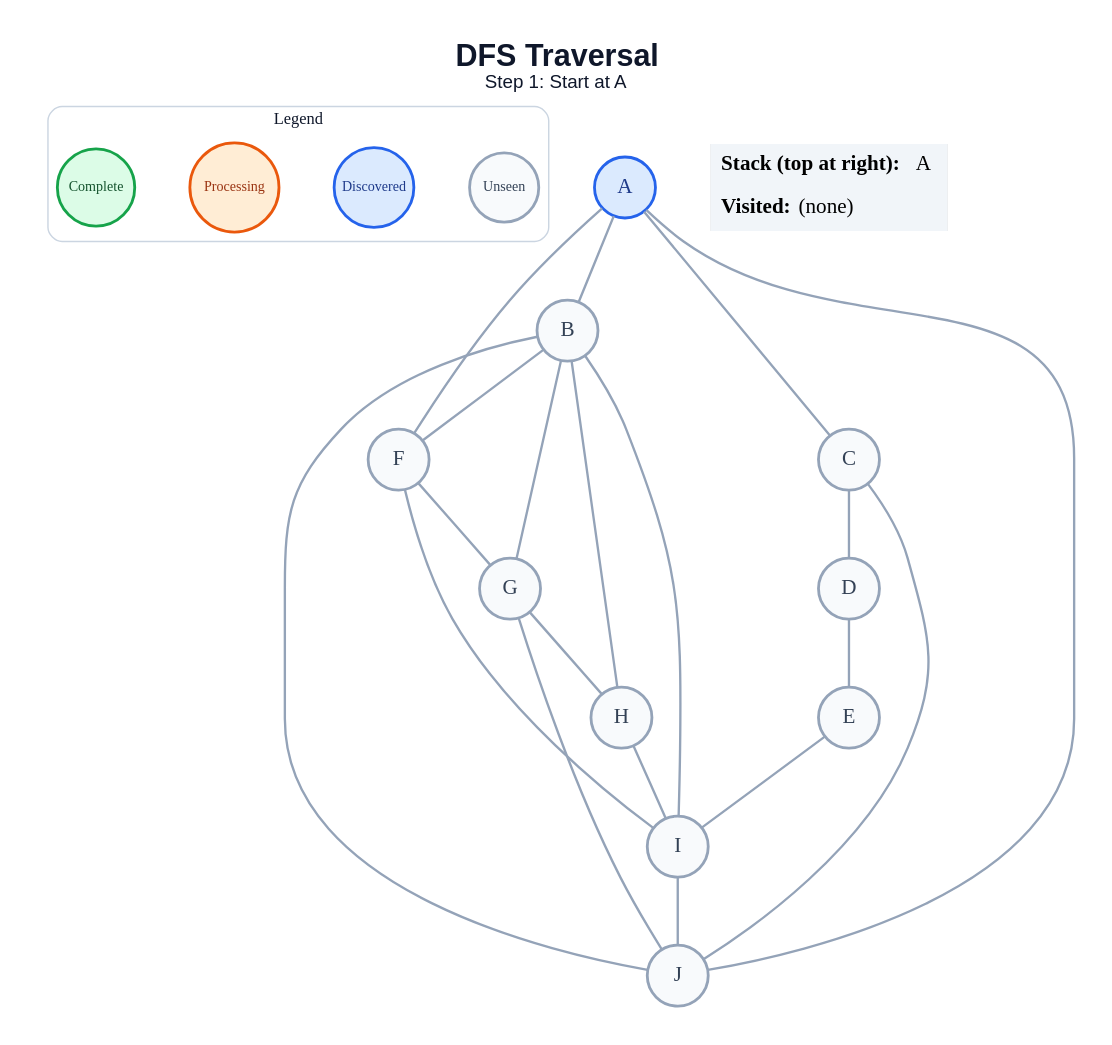
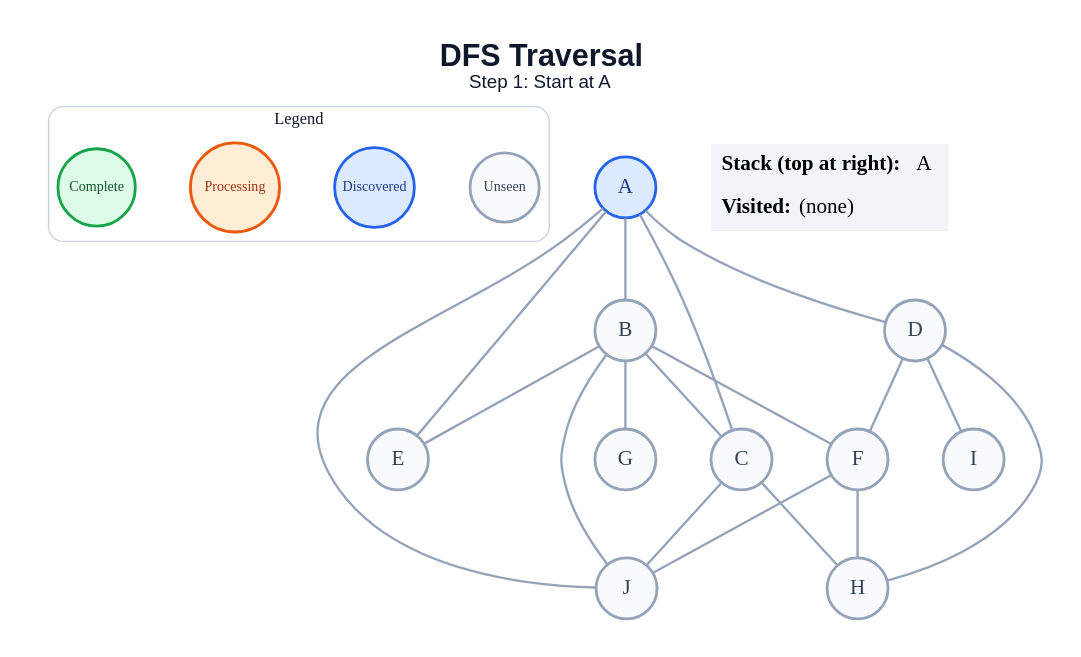
Before and after one commit to amanghodawala9/ai-slop: the diagram in generated/dfs/step_01.dot, drawn with Graphviz. The commit also changed 178 other files, not shown here.

```diff
--- a/generated/dfs/step_01.dot
+++ b/generated/dfs/step_01.dot
@@ -1,48 +1,46 @@
 graph traversal {
   graph [layout=dot, rankdir=TB, bgcolor="#FFFFFF", pad="0.35", nodesep="0.65", ranksep="0.8", fontname="Arial"];
   node [shape=circle, style="filled", fontname="Arial Bold", fontsize=18, width=0.72, fixedsize=true, penwidth=2.4];
   edge [color="#94A3B8", penwidth=2.0];
   label=<<B>DFS Traversal</B><BR/><FONT POINT-SIZE="16">Step 1: Start at A</FONT>>; labelloc="t"; fontsize=26; fontname="Arial"; fontcolor="#0F172A";
   subgraph cluster_legend { label="Legend"; color="#CBD5E1"; penwidth=1.2; style="rounded"; fontsize=14; fontname="Arial Bold";
     key_unseen [label="Unseen", fillcolor="#F8FAFC", color="#94A3B8", fontcolor="#334155", fontsize=12, width=0.82];
     key_frontier [label="Discovered", fillcolor="#DBEAFE", color="#2563EB", fontcolor="#1E3A8A", fontsize=12, width=0.95];
     key_current [label="Processing", fillcolor="#FFEDD5", color="#EA580C", fontcolor="#9A3412", fontsize=12, width=1.05];
     key_done [label="Complete", fillcolor="#DCFCE7", color="#16A34A", fontcolor="#14532D", fontsize=12, width=0.92];
     { rank=same; key_unseen; key_frontier; key_current; key_done; }
   }
   A [fillcolor="#DBEAFE", color="#2563EB", fontcolor="#1E3A8A"];
   B [fillcolor="#F8FAFC", color="#94A3B8", fontcolor="#334155"];
   C [fillcolor="#F8FAFC", color="#94A3B8", fontcolor="#334155"];
   D [fillcolor="#F8FAFC", color="#94A3B8", fontcolor="#334155"];
   E [fillcolor="#F8FAFC", color="#94A3B8", fontcolor="#334155"];
   F [fillcolor="#F8FAFC", color="#94A3B8", fontcolor="#334155"];
   G [fillcolor="#F8FAFC", color="#94A3B8", fontcolor="#334155"];
   H [fillcolor="#F8FAFC", color="#94A3B8", fontcolor="#334155"];
   I [fillcolor="#F8FAFC", color="#94A3B8", fontcolor="#334155"];
   J [fillcolor="#F8FAFC", color="#94A3B8", fontcolor="#334155"];
   A -- B;
   A -- C;
-  A -- F;
+  A -- D;
+  A -- E;
   A -- J;
+  B -- C;
+  B -- E;
   B -- F;
   B -- G;
-  B -- H;
-  B -- I;
   B -- J;
-  C -- D;
+  C -- H;
   C -- J;
-  D -- E;
-  E -- I;
-  F -- G;
-  F -- I;
-  G -- H;
-  G -- J;
-  H -- I;
-  I -- J;
+  D -- F;
+  D -- H;
+  D -- I;
+  F -- H;
+  F -- J;
   status [shape=plain, fixedsize=false, width=0, height=0, margin=0, label=<
     <TABLE BORDER="0" CELLBORDER="0" CELLPADDING="7" BGCOLOR="#F1F5F9">
       <TR><TD ALIGN="LEFT"><B>Stack (top at right):</B> A</TD></TR>
       <TR><TD ALIGN="LEFT"><B>Visited:</B> (none)</TD></TR>
     </TABLE>
   >];
 }
```
